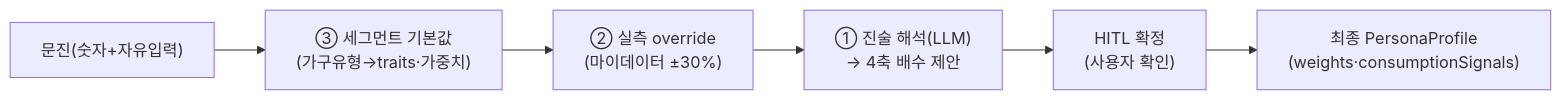
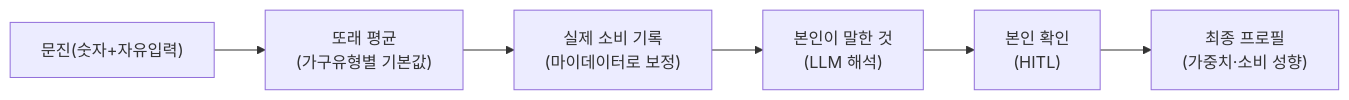
One commit to kb-manggi-zip/kb-manggi-zip changed the diagram in docs/개인화_설계.md. Above: the diagram before and after it, drawn with Mermaid. The commit also changed other lines of this file and 3 other files, not shown here.

````diff
--- a/docs/개인화_설계.md
+++ b/docs/개인화_설계.md
@@ -10,8 +10,8 @@
 ```mermaid
 flowchart LR
-  Q["문진(숫자+자유입력)"] --> S["③ 세그먼트 기본값<br/>(가구유형→traits·가중치)"]
-  S --> M["② 실측 override<br/>(마이데이터 ±30%)"]
-  M --> ST["① 진술 해석(LLM)<br/>→ 4축 배수 제안"]
-  ST --> H["HITL 확정<br/>(사용자 확인)"]
-  H --> PF["최종 PersonaProfile<br/>(weights·consumptionSignals)"]
+  Q["문진(숫자+자유입력)"] --> S["또래 평균<br/>(가구유형별 기본값)"]
+  S --> M["실제 소비 기록<br/>(마이데이터로 보정)"]
+  M --> ST["본인이 말한 것<br/>(LLM 해석)"]
+  ST --> H["본인 확인<br/>(HITL)"]
+  H --> PF["최종 프로필<br/>(가중치·소비 성향)"]
 ```
````
